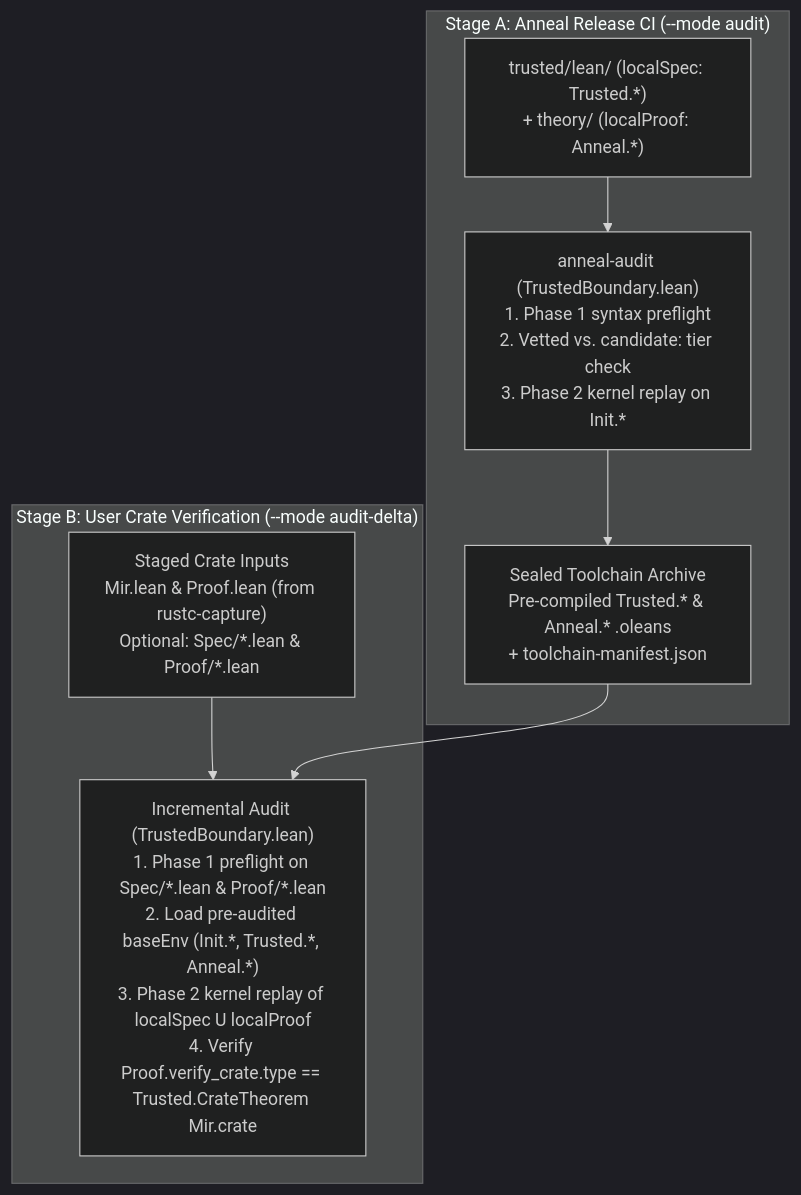
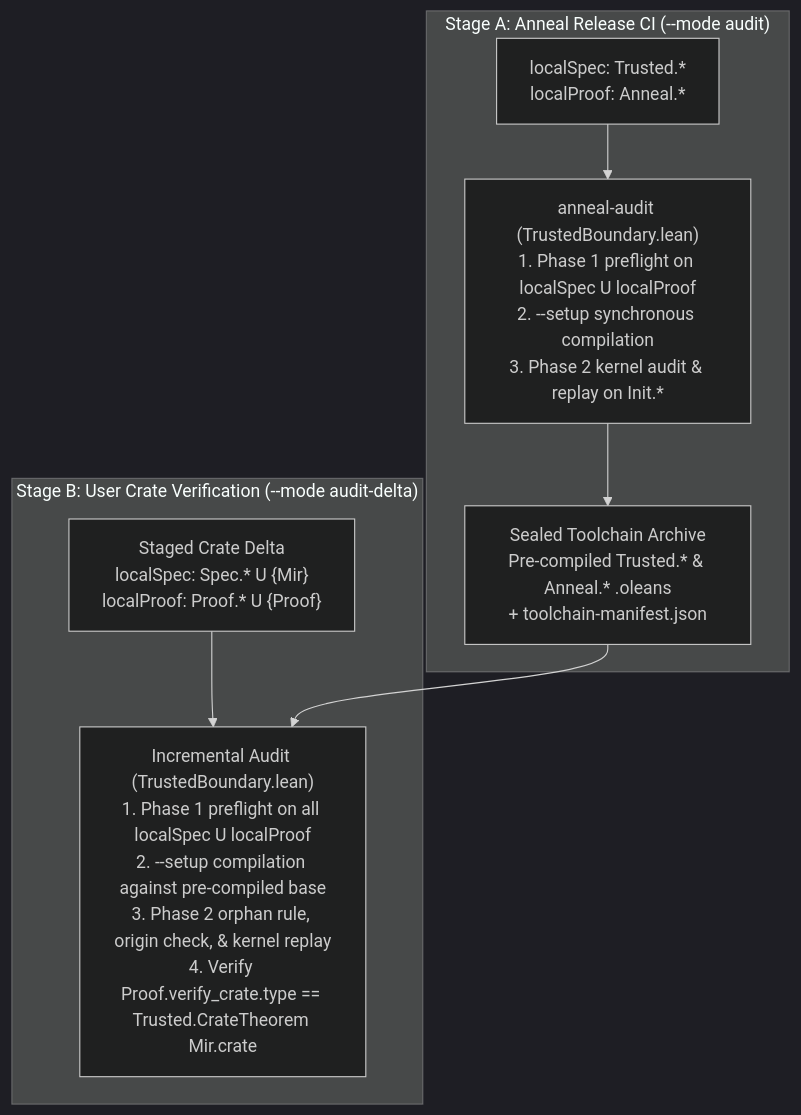
Before and after one commit to joshlf/anneal: the diagram in docs/trust-model.md, drawn with Mermaid (dark theme). The commit also changed other lines of this file and 2 other files, not shown here.

First line of the commit message:
[docs] Update trust audit and MIR pipeline design

````diff
--- a/docs/trust-model.md
+++ b/docs/trust-model.md
@@ -103,12 +132,12 @@
 ```mermaid
 flowchart TD
     subgraph StageA ["Stage A: Anneal Release CI (--mode audit)"]
-        A_SRC["trusted/lean/ (localSpec: Trusted.*)\n+ theory/ (localProof: Anneal.*)"] --> A_AUD["anneal-audit (TrustedBoundary.lean)\n1. Phase 1 syntax preflight\n2. Vetted vs. candidate:<feature> tier check\n3. Phase 2 kernel replay on Init.*"]
+        A_SRC["localSpec: Trusted.*\nlocalProof: Anneal.*"] --> A_AUD["anneal-audit (TrustedBoundary.lean)\n1. Phase 1 preflight on localSpec U localProof\n2. --setup synchronous compilation\n3. Phase 2 kernel audit & replay on Init.*"]
         A_AUD --> ARCHIVE["Sealed Toolchain Archive\nPre-compiled Trusted.* & Anneal.* .oleans\n+ toolchain-manifest.json"]
     end
 
     subgraph StageB ["Stage B: User Crate Verification (--mode audit-delta)"]
-        U_CRATE["Staged Crate Inputs\nMir.lean & Proof.lean (from rustc-capture)\nOptional: Spec/*.lean & Proof/*.lean"] --> DELTA["Incremental Audit (TrustedBoundary.lean)\n1. Phase 1 preflight on Spec/*.lean & Proof/*.lean\n2. Load pre-audited baseEnv (Init.*, Trusted.*, Anneal.*)\n3. Phase 2 kernel replay of localSpec U localProof\n4. Verify Proof.verify_crate.type == Trusted.CrateTheorem Mir.crate"]
+        U_CRATE["Staged Crate Delta\nlocalSpec: Spec.* U {Mir}\nlocalProof: Proof.* U {Proof}"] --> DELTA["Incremental Audit (TrustedBoundary.lean)\n1. Phase 1 preflight on all localSpec U localProof\n2. --setup compilation against pre-compiled base\n3. Phase 2 orphan rule, origin check, & kernel replay\n4. Verify Proof.verify_crate.type == Trusted.CrateTheorem Mir.crate"]
         ARCHIVE --> DELTA
     end
 ```
````
